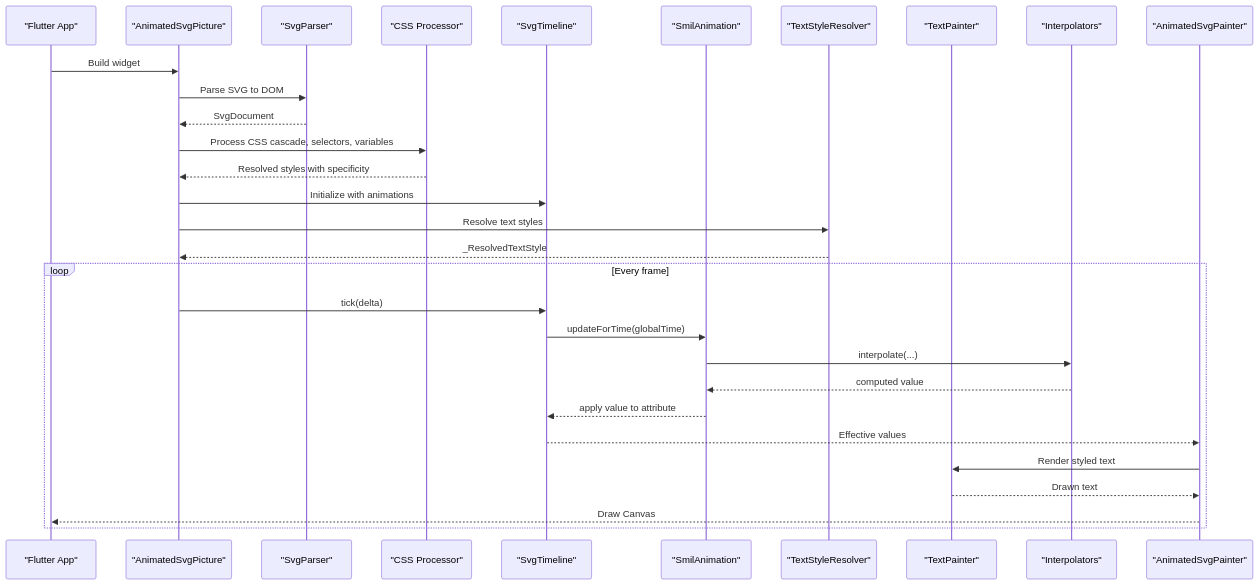
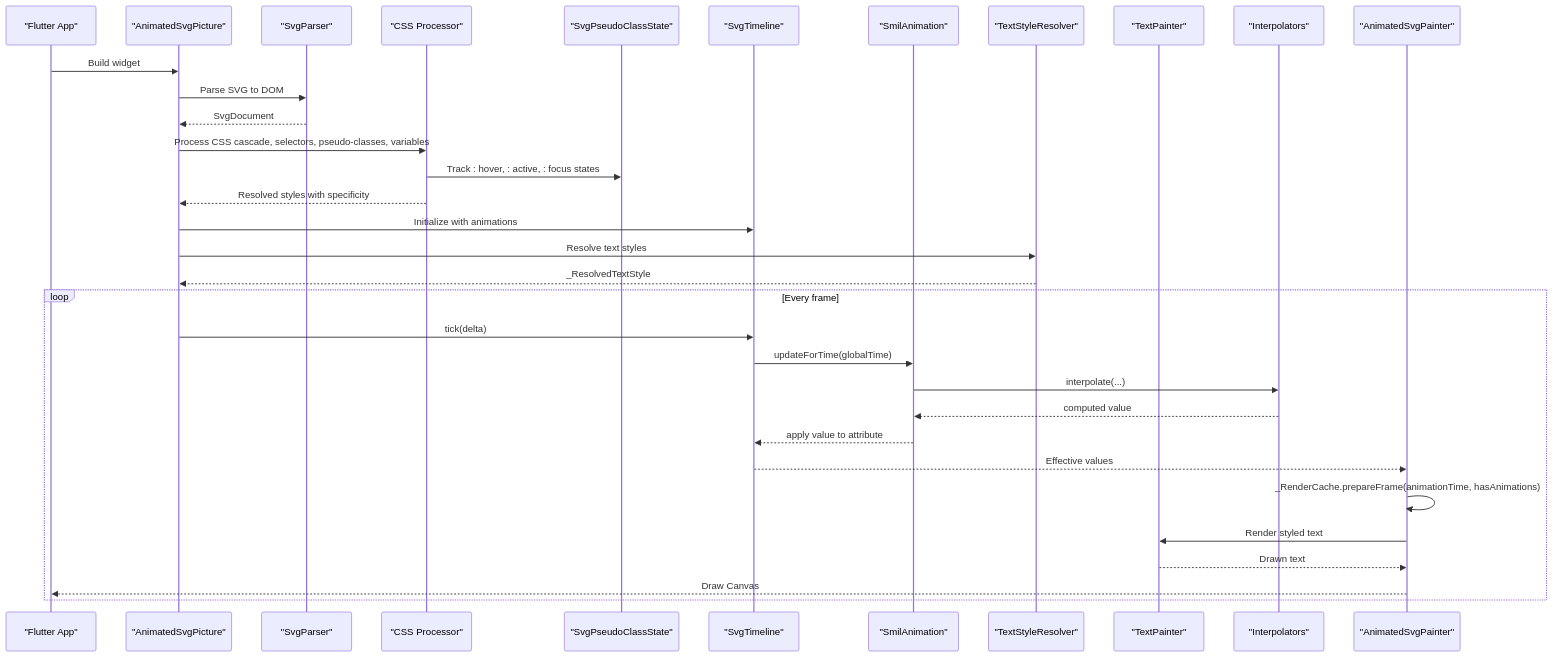
The second of 17 diagrams in .qoder/repowiki/en/content/Animated SVG Support/Advanced Animation Features/Advanced Animation Features.md (denisnadey/flutter_full_svg_support), drawn with Mermaid before and after one commit. The commit also changed other lines of this file and 44 other files, not shown here.

````diff
--- a/.qoder/repowiki/en/content/Animated SVG Support/Advanced Animation Features/Advanced Animation Features.md
+++ b/.qoder/repowiki/en/content/Animated SVG Support/Advanced Animation Features/Advanced Animation Features.md
@@ -240,32 +260,35 @@
 ```mermaid
 sequenceDiagram
 participant App as "Flutter App"
 participant Picture as "AnimatedSvgPicture"
 participant Parser as "SvgParser"
 participant CssProcessor as "CSS Processor"
+participant PseudoState as "SvgPseudoClassState"
 participant Timeline as "SvgTimeline"
 participant Anim as "SmilAnimation"
 participant TextStyle as "TextStyleResolver"
 participant TextPaint as "TextPainter"
 participant Interp as "Interpolators"
 participant Renderer as "AnimatedSvgPainter"
 App->>Picture : Build widget
 Picture->>Parser : Parse SVG to DOM
 Parser-->>Picture : SvgDocument
-Picture->>CssProcessor : Process CSS cascade, selectors, variables
+Picture->>CssProcessor : Process CSS cascade, selectors, pseudo-classes, variables
+CssProcessor->>PseudoState : Track : hover, : active, : focus states
 CssProcessor-->>Picture : Resolved styles with specificity
 Picture->>Timeline : Initialize with animations
 Picture->>TextStyle : Resolve text styles
 TextStyle-->>Picture : _ResolvedTextStyle
 loop Every frame
 Picture->>Timeline : tick(delta)
 Timeline->>Anim : updateForTime(globalTime)
 Anim->>Interp : interpolate(...)
 Interp-->>Anim : computed value
 Anim-->>Timeline : apply value to attribute
 Timeline-->>Renderer : Effective values
+Renderer->>Renderer : _RenderCache.prepareFrame(animationTime, hasAnimations)
 Renderer->>TextPaint : Render styled text
 TextPaint-->>Renderer : Drawn text
 Renderer-->>App : Draw Canvas
 end
 ```
````
